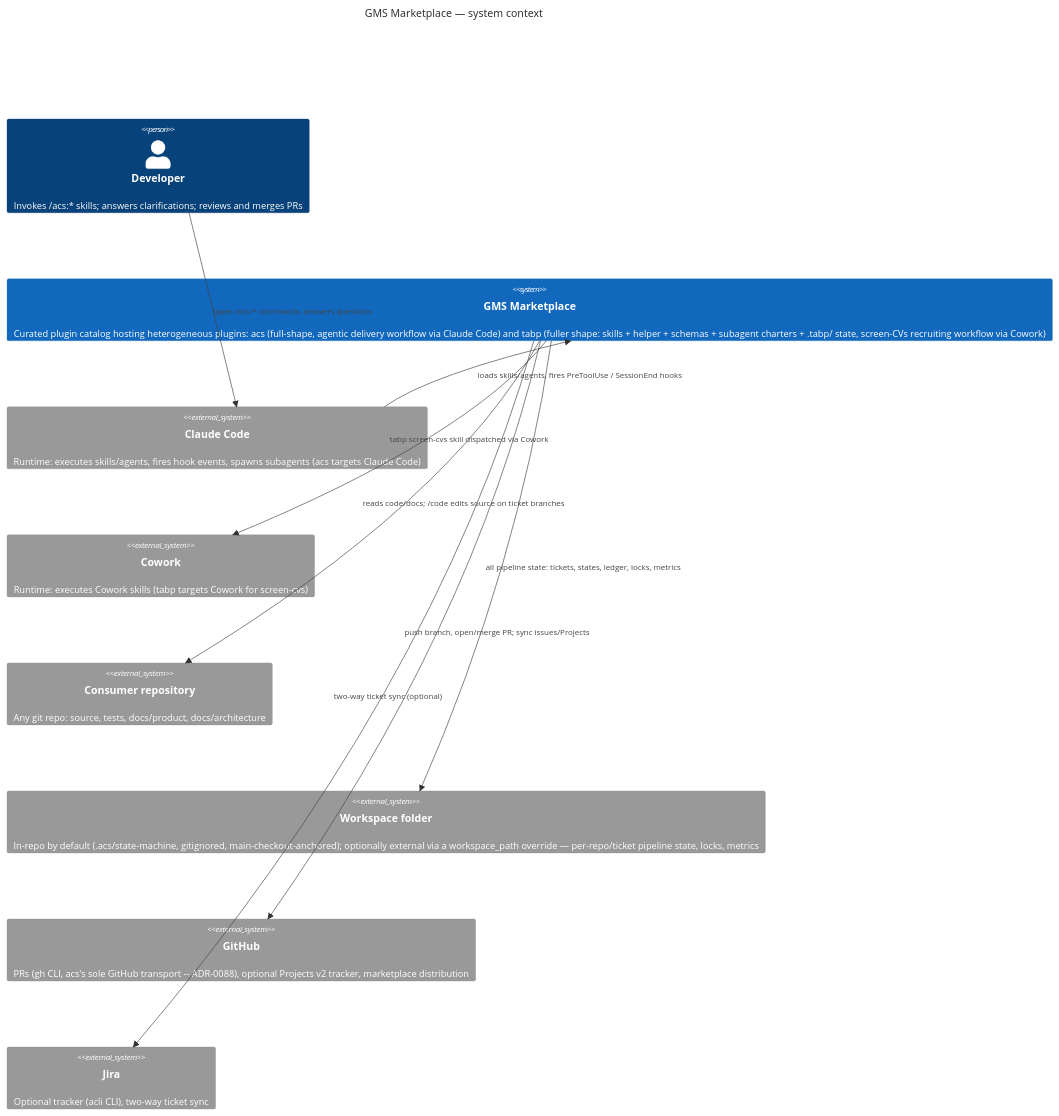
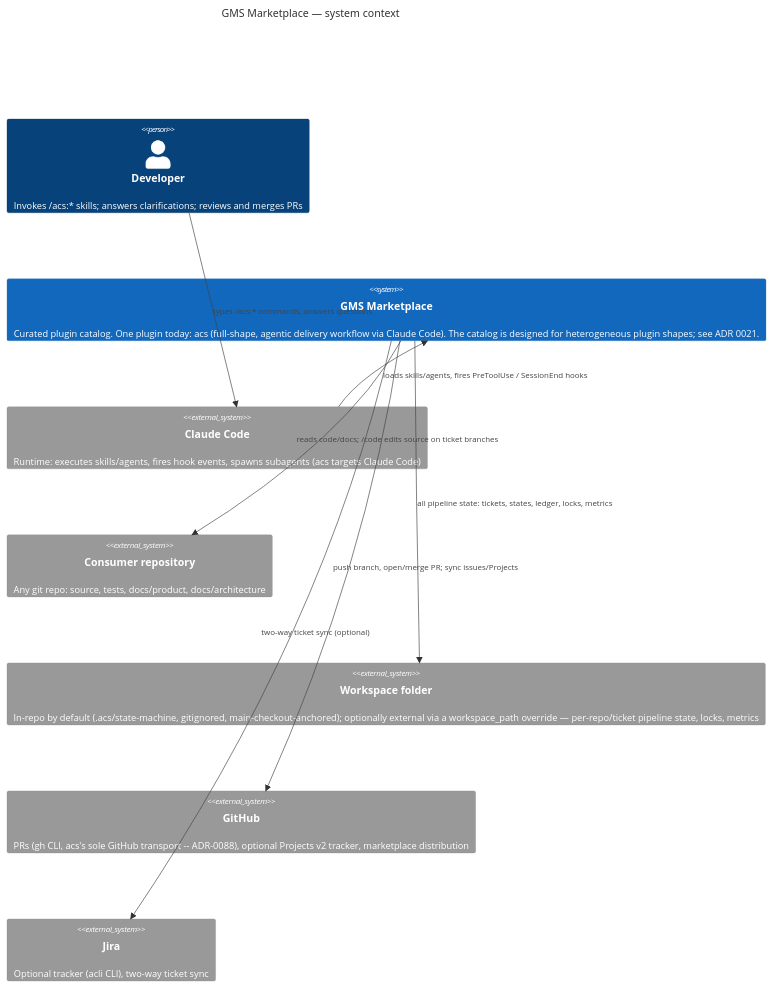
One commit to globalmindsolution/gms-marketplace changed the diagram in docs/architecture/hld/c4-context.md. Above: the diagram before and after it, drawn with Mermaid. The commit also changed 288 other files, not shown here.

Commit message:
Retire the lane grid for plan-judged delivery paths, consolidate the eval trees, and remove tabp (#542)

````diff
--- a/docs/architecture/hld/c4-context.md
+++ b/docs/architecture/hld/c4-context.md
@@ -3,23 +3,21 @@
 ```mermaid
 C4Context
     title GMS Marketplace — system context
 
     Person(dev, "Developer", "Invokes /acs:* skills; answers clarifications; reviews and merges PRs")
 
-    System(mkt, "GMS Marketplace", "Curated plugin catalog hosting heterogeneous plugins: acs (full-shape, agentic delivery workflow via Claude Code) and tabp (fuller shape: skills + helper + schemas + subagent charters + .tabp/ state, screen-CVs recruiting workflow via Cowork)")
+    System(mkt, "GMS Marketplace", "Curated plugin catalog. One plugin today: acs (full-shape, agentic delivery workflow via Claude Code). The catalog is designed for heterogeneous plugin shapes; see ADR 0021.")
 
     System_Ext(cc, "Claude Code", "Runtime: executes skills/agents, fires hook events, spawns subagents (acs targets Claude Code)")
-    System_Ext(cowork, "Cowork", "Runtime: executes Cowork skills (tabp targets Cowork for screen-cvs)")
     System_Ext(repo, "Consumer repository", "Any git repo: source, tests, docs/product, docs/architecture")
     System_Ext(ws, "Workspace folder", "In-repo by default (.acs/state-machine, gitignored, main-checkout-anchored); optionally external via a workspace_path override — per-repo/ticket pipeline state, locks, metrics")
     System_Ext(gh, "GitHub", "PRs (gh CLI, acs's sole GitHub transport -- ADR-0088), optional Projects v2 tracker, marketplace distribution")
     System_Ext(jira, "Jira", "Optional tracker (acli CLI), two-way ticket sync")
 
     Rel(dev, cc, "types /acs:* commands, answers questions")
     Rel(cc, mkt, "loads skills/agents, fires PreToolUse / SessionEnd hooks")
-    Rel(mkt, cowork, "tabp screen-cvs skill dispatched via Cowork")
     Rel(mkt, repo, "reads code/docs; /code edits source on ticket branches")
     Rel(mkt, ws, "all pipeline state: tickets, states, ledger, locks, metrics")
     Rel(mkt, gh, "push branch, open/merge PR; sync issues/Projects")
     Rel(mkt, jira, "two-way ticket sync (optional)")
 ```
````
